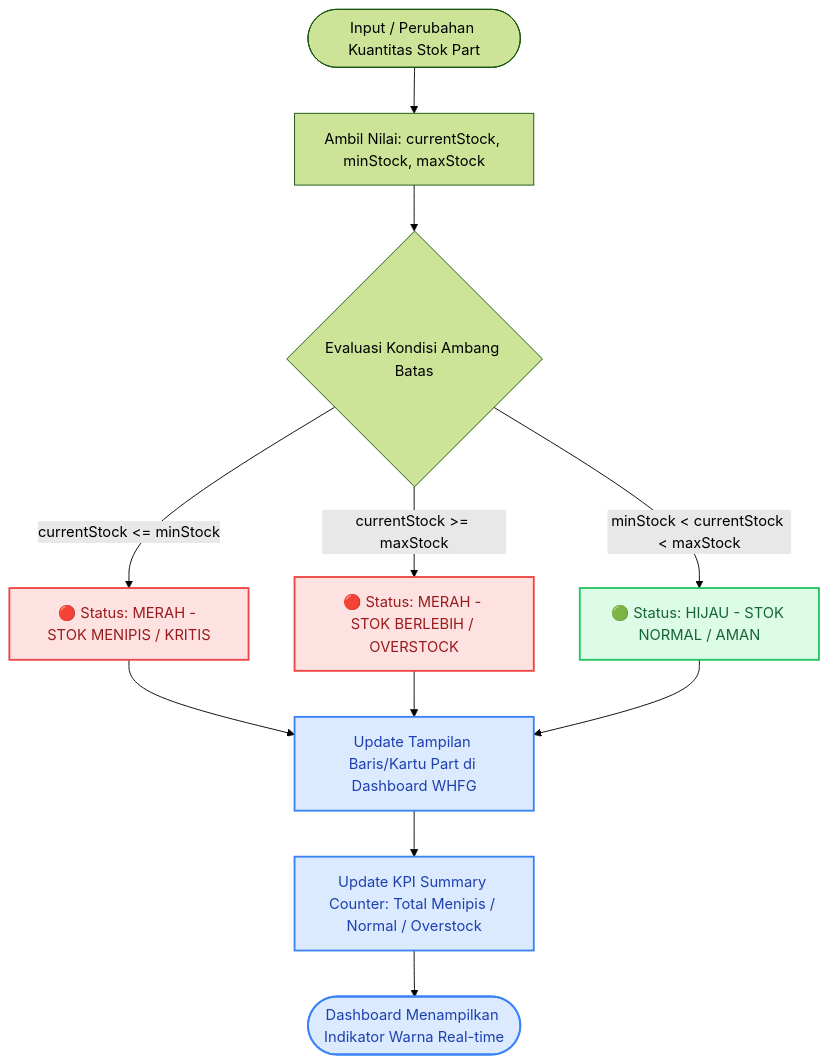
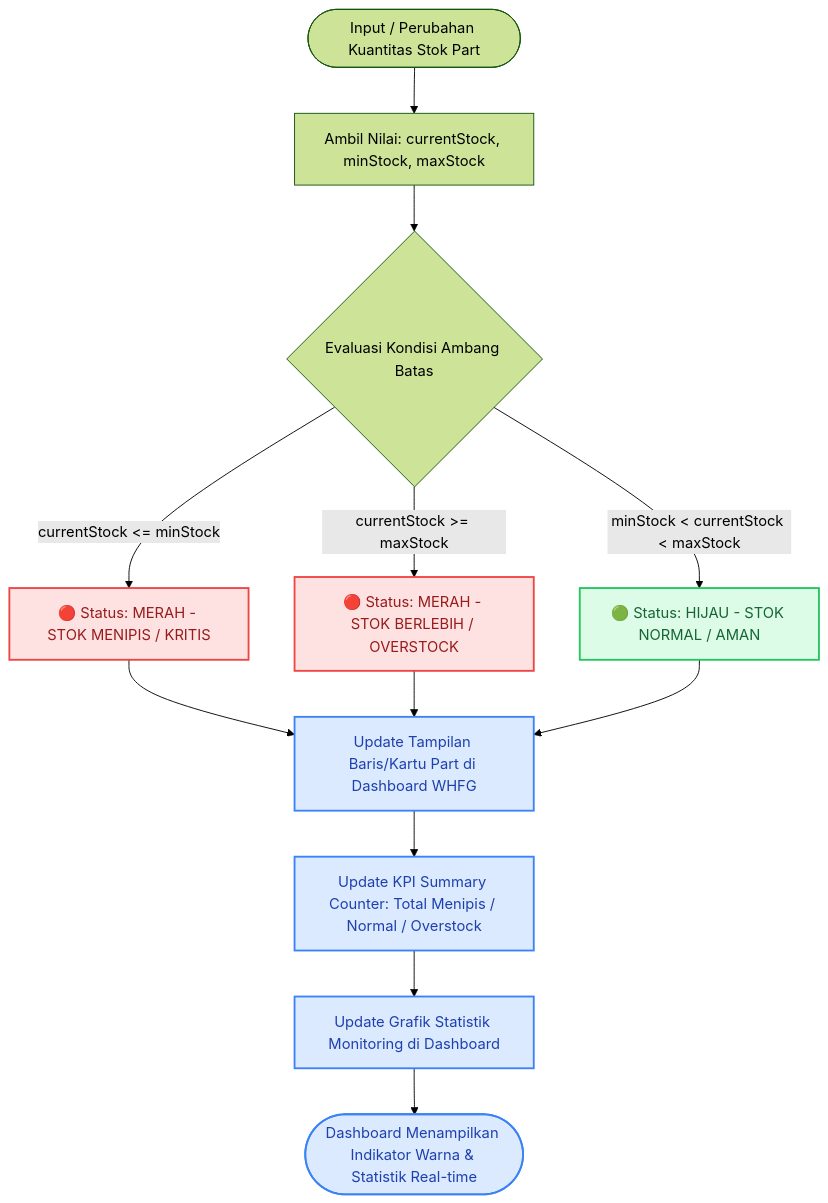
Before and after one commit to rickyalfnsptr-art/the-manajemen_produk: the fourth of 6 diagrams in analisis.md, drawn with Mermaid (forest theme). The commit also changed other lines of this file, not shown here.

````diff
--- a/analisis.md
+++ b/analisis.md
@@ -274,24 +286,25 @@
 ```mermaid
 flowchart TD
     A([Input / Perubahan Kuantitas Stok Part]) --> B[Ambil Nilai: currentStock, minStock, maxStock]
     B --> C{Evaluasi Kondisi Ambang Batas}
     
     C -->|currentStock <= minStock| D[🔴 Status: MERAH - STOK MENIPIS / KRITIS]
     C -->|currentStock >= maxStock| E[🔴 Status: MERAH - STOK BERLEBIH / OVERSTOCK]
     C -->|minStock < currentStock < maxStock| F[🟢 Status: HIJAU - STOK NORMAL / AMAN]
     
     D --> G[Update Tampilan Baris/Kartu Part di Dashboard WHFG]
     E --> G
     F --> G
     
     G --> H[Update KPI Summary Counter: Total Menipis / Normal / Overstock]
-    H --> I([Dashboard Menampilkan Indikator Warna Real-time])
+    H --> I[Update Grafik Statistik Monitoring di Dashboard]
+    I --> J([Dashboard Menampilkan Indikator Warna & Statistik Real-time])
 
     classDef red fill:#fee2e2,stroke:#ef4444,stroke-width:2px,color:#991b1b;
     classDef green fill:#dcfce7,stroke:#22c55e,stroke-width:2px,color:#166534;
     classDef blue fill:#dbeafe,stroke:#3b82f6,stroke-width:2px,color:#1e40af;
 
     class D,E red;
     class F green;
-    class G,H,I blue;
+    class G,H,I,J blue;
 ```
````
